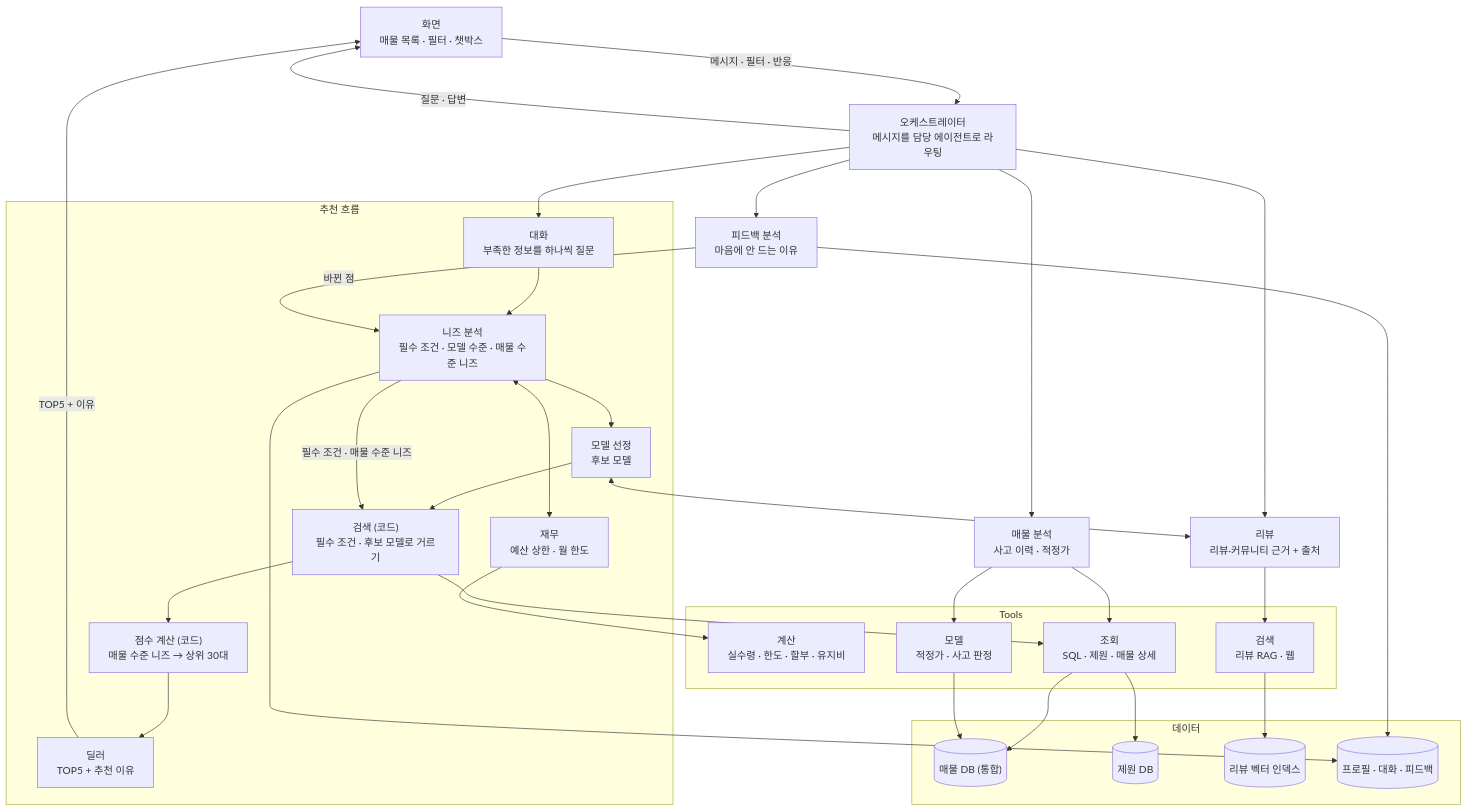
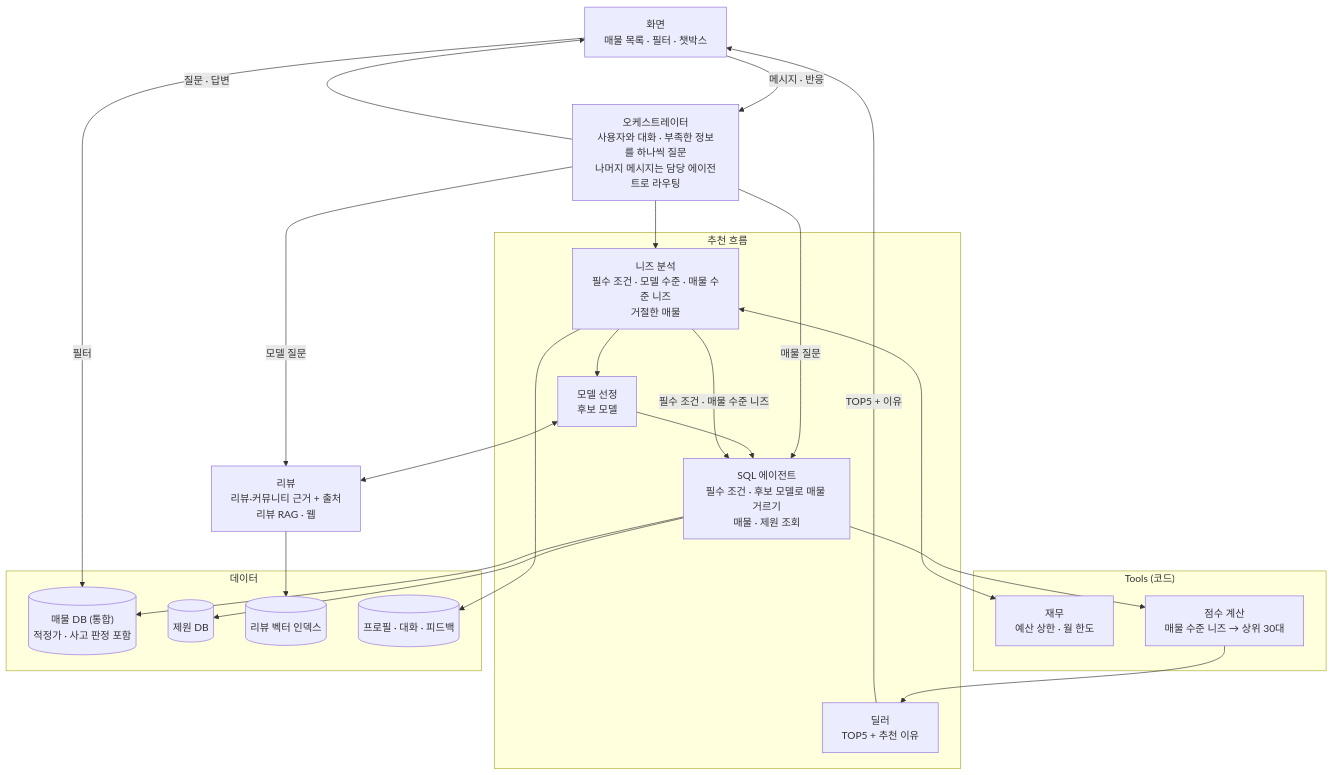
Before and after one commit to Jacod97/car-recommend-agent: the diagram in docs/project.md, drawn with Mermaid. The commit also changed other lines of this file and 2 other files, not shown here.

````diff
--- a/docs/project.md
+++ b/docs/project.md
@@ -39,66 +39,49 @@
 ```mermaid
 flowchart TB
     UI["화면<br/>매물 목록 · 필터 · 챗박스"]
 
-    ORCH["오케스트레이터<br/>메시지를 담당 에이전트로 라우팅"]
+    ORCH["오케스트레이터<br/>사용자와 대화 · 부족한 정보를 하나씩 질문<br/>나머지 메시지는 담당 에이전트로 라우팅"]
 
     subgraph REC["추천 흐름"]
-        CHAT["대화<br/>부족한 정보를 하나씩 질문"]
-        NEEDS["니즈 분석<br/>필수 조건 · 모델 수준 · 매물 수준 니즈"]
-        FIN["재무<br/>예산 상한 · 월 한도"]
+        NEEDS["니즈 분석<br/>필수 조건 · 모델 수준 · 매물 수준 니즈<br/>거절한 매물"]
         MODEL["모델 선정<br/>후보 모델"]
-        SEARCH["검색 (코드)<br/>필수 조건 · 후보 모델로 거르기"]
-        SCORE["점수 계산 (코드)<br/>매물 수준 니즈 → 상위 30대"]
+        SEARCH["SQL 에이전트<br/>필수 조건 · 후보 모델로 매물 거르기<br/>매물 · 제원 조회"]
         DEALER["딜러<br/>TOP5 + 추천 이유"]
     end
 
-    FEEDBACK["피드백 분석<br/>마음에 안 드는 이유"]
-    INSPECT["매물 분석<br/>사고 이력 · 적정가"]
-    REVIEW["리뷰<br/>리뷰·커뮤니티 근거 + 출처"]
+    REVIEW["리뷰<br/>리뷰·커뮤니티 근거 + 출처<br/>리뷰 RAG · 웹"]
 
-    subgraph TOOLS["Tools"]
-        T_CALC["계산<br/>실수령 · 한도 · 할부 · 유지비"]
-        T_QUERY["조회<br/>SQL · 제원 · 매물 상세"]
-        T_MODEL["모델<br/>적정가 · 사고 판정"]
-        T_SEARCH["검색<br/>리뷰 RAG · 웹"]
+    subgraph TOOLS["Tools (코드)"]
+        FIN["재무<br/>예산 상한 · 월 한도"]
+        SCORE["점수 계산<br/>매물 수준 니즈 → 상위 30대"]
     end
 
     subgraph DATA["데이터"]
-        D_LIST[("매물 DB (통합)")]
+        D_LIST[("매물 DB (통합)<br/>적정가 · 사고 판정 포함")]
         D_SPEC[("제원 DB")]
         D_REV[("리뷰 벡터 인덱스")]
         D_PROF[("프로필 · 대화 · 피드백")]
     end
 
-    UI -- "메시지 · 필터 · 반응" --> ORCH
+    UI -- "메시지 · 반응" --> ORCH
+    UI -- "필터" --> D_LIST
     ORCH -- "질문 · 답변" --> UI
     DEALER -- "TOP5 + 이유" --> UI
 
-    ORCH --> CHAT
-    ORCH --> FEEDBACK
-    ORCH --> INSPECT
-    ORCH --> REVIEW
+    ORCH --> NEEDS
+    ORCH -- "매물 질문" --> SEARCH
+    ORCH -- "모델 질문" --> REVIEW
 
-    CHAT --> NEEDS
-    FEEDBACK -- "바뀐 점" --> NEEDS
     NEEDS <--> FIN
     NEEDS --> MODEL
     MODEL <--> REVIEW
     MODEL --> SEARCH
     NEEDS -- "필수 조건 · 매물 수준 니즈" --> SEARCH
     SEARCH --> SCORE
     SCORE --> DEALER
 
-    FIN --> T_CALC
-    SEARCH --> T_QUERY
-    INSPECT --> T_QUERY
-    INSPECT --> T_MODEL
-    REVIEW --> T_SEARCH
-
-    T_QUERY --> D_LIST
-    T_QUERY --> D_SPEC
-    T_MODEL --> D_LIST
-    T_SEARCH --> D_REV
+    SEARCH --> D_LIST
+    SEARCH --> D_SPEC
+    REVIEW --> D_REV
     NEEDS --> D_PROF
-    FEEDBACK --> D_PROF
 ```
````
